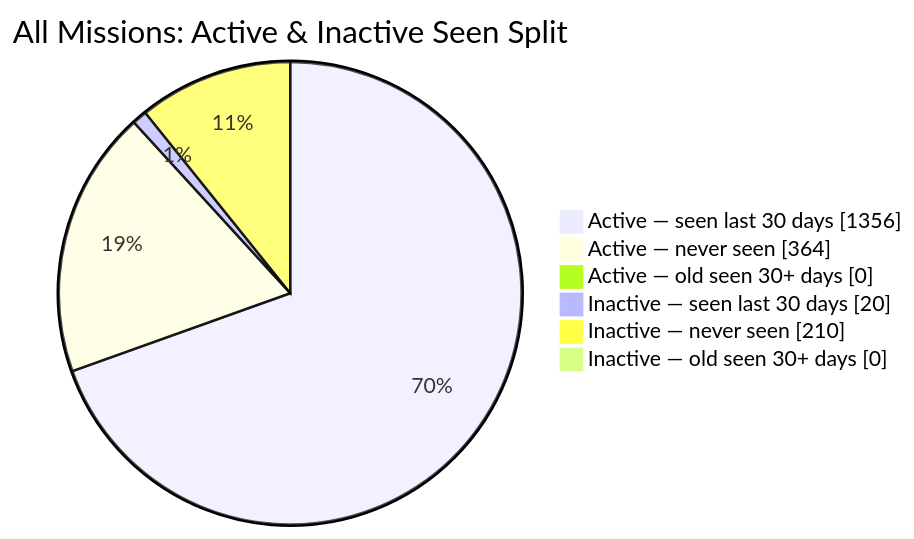
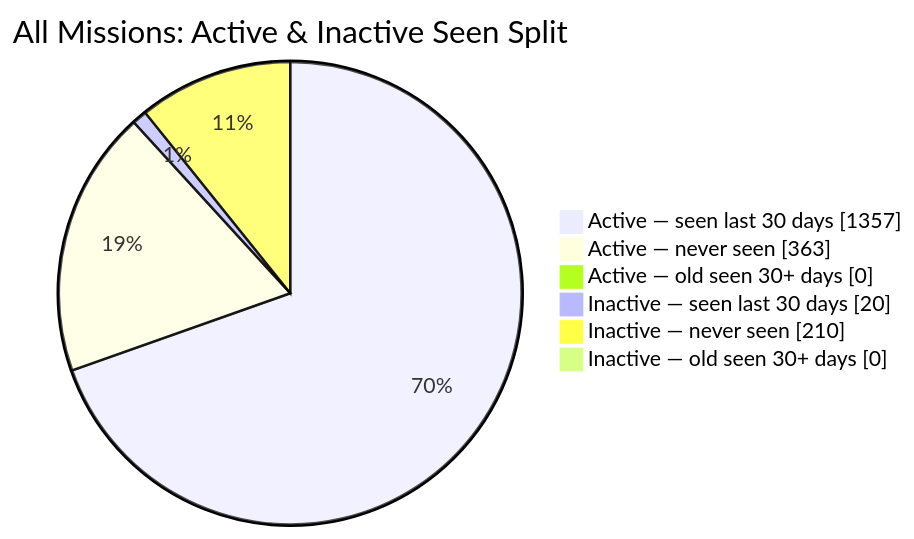
One commit to MeldkamerspelGameTeam/active-missions changed the second of 2 diagrams in README.md. Above: the diagram before and after it, drawn with Mermaid. The commit also changed other lines of this file and 2 other files, not shown here.

````diff
--- a/README.md
+++ b/README.md
@@ -44,10 +44,10 @@
 ```mermaid
 pie showData
     title All Missions: Active & Inactive Seen Split
-    "Active — seen last 30 days" : 1356
-    "Active — never seen" : 364
+    "Active — seen last 30 days" : 1357
+    "Active — never seen" : 363
     "Active — old seen 30+ days" : 0
     "Inactive — seen last 30 days" : 20
     "Inactive — never seen" : 210
     "Inactive — old seen 30+ days" : 0
 ```
````
